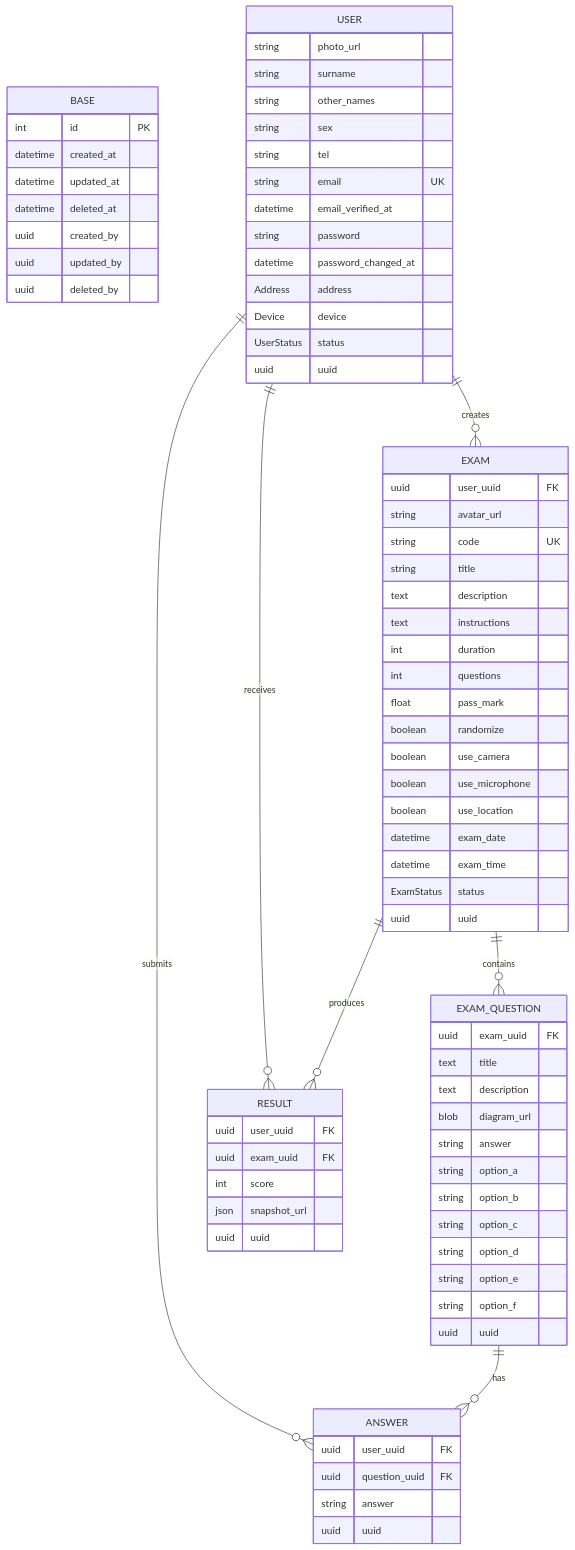
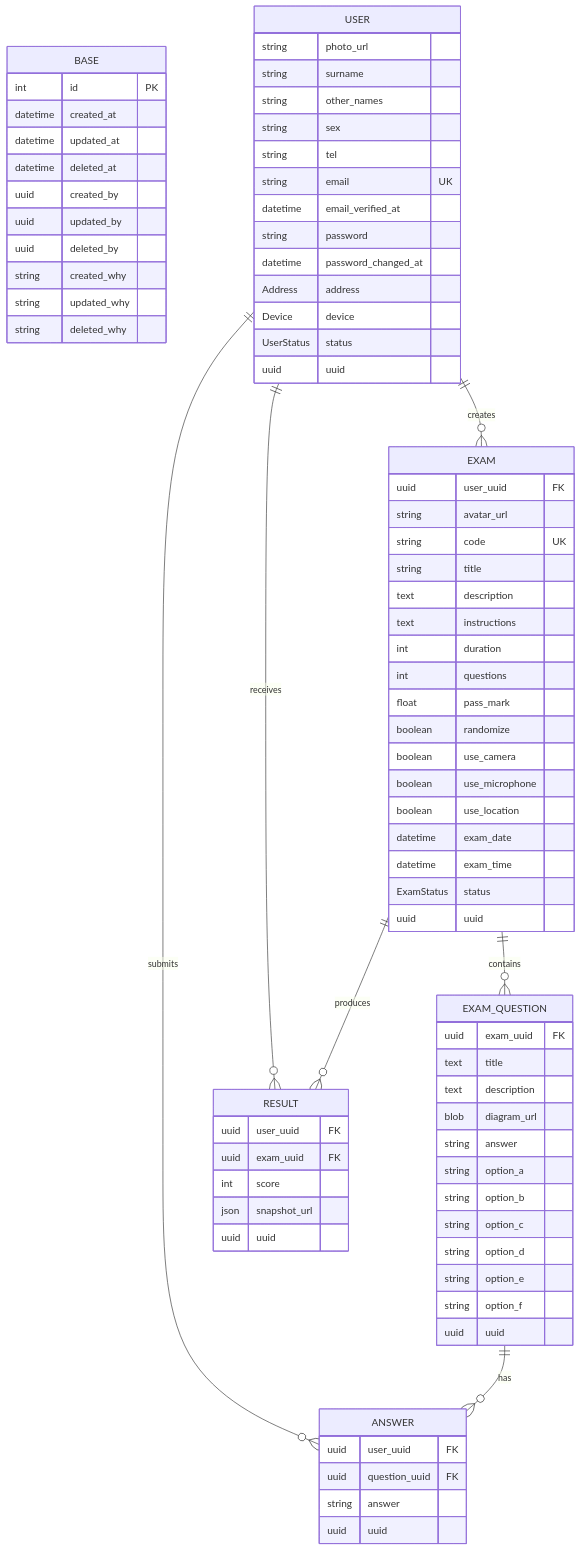
One commit to expo-cbt/_lib changed the diagram in lecture-notes/ai-product-engineering/3b_DATA_MODEL.md. Above: the diagram before and after it, drawn with Mermaid. The commit also changed 6 other files, not shown here.

```diff
--- a/lecture-notes/ai-product-engineering/3b_DATA_MODEL.md
+++ b/lecture-notes/ai-product-engineering/3b_DATA_MODEL.md
@@ -62,6 +62,9 @@
         uuid created_by
         uuid updated_by
         uuid deleted_by
+        string created_why
+        string updated_why
+        string deleted_why
     }
 
     USER {
```
